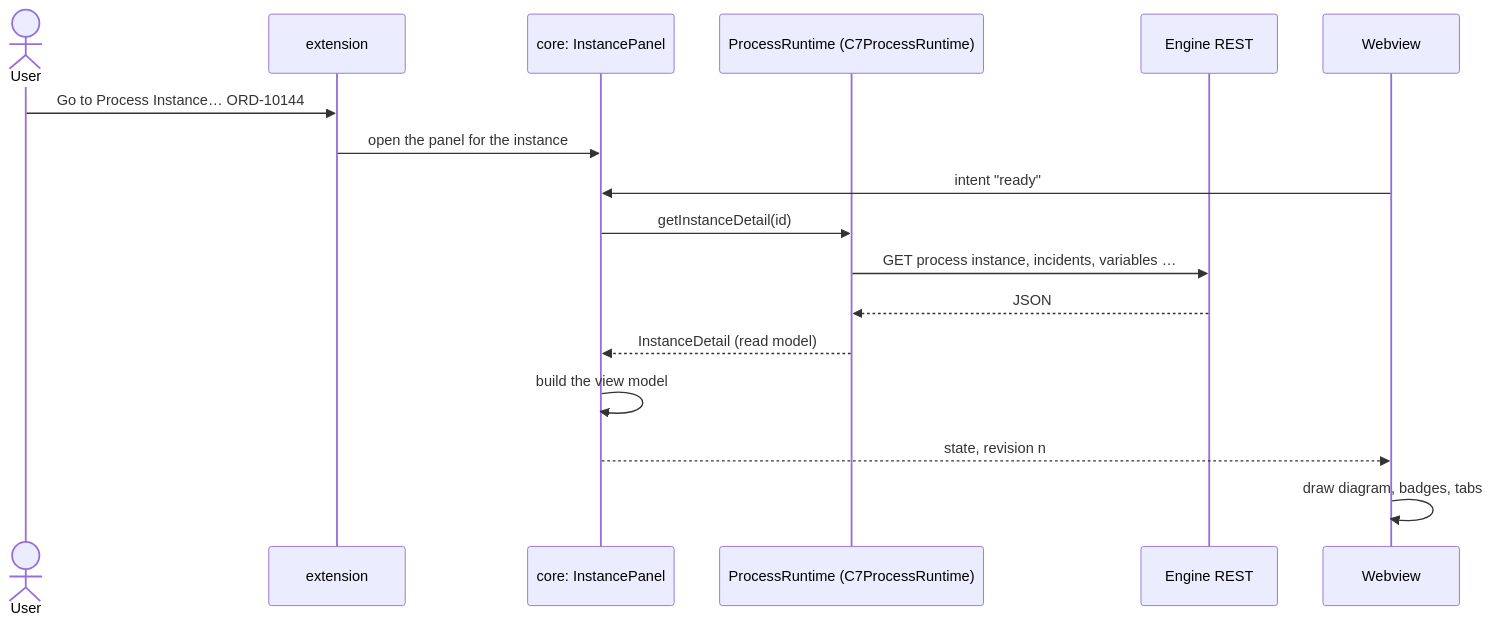
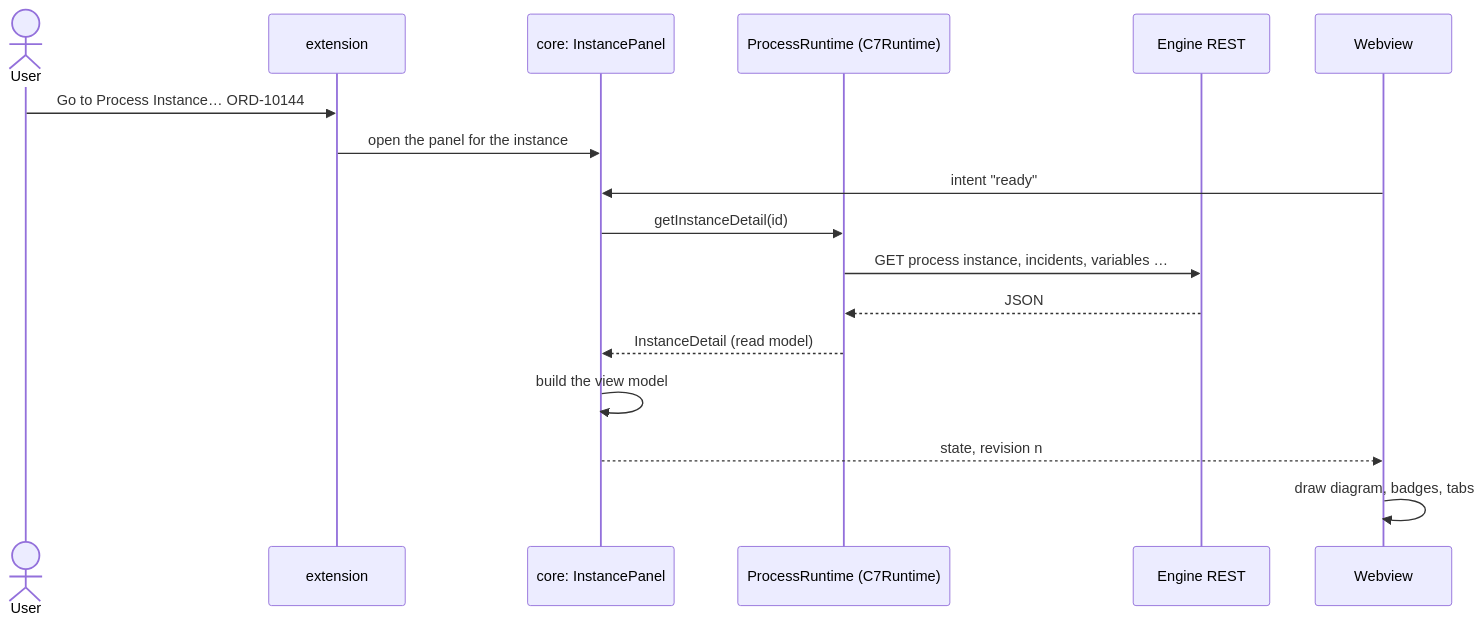
The second of 2 diagrams in apps/vscode/docs/adr/architecture.md (Miragon/pulse), drawn with Mermaid before and after one commit. The commit also changed 39 other files, not shown here.

````diff
--- a/apps/vscode/docs/adr/architecture.md
+++ b/apps/vscode/docs/adr/architecture.md
@@ -276,20 +276,20 @@
 ```mermaid
 sequenceDiagram
   actor user as User
   participant host as extension
   participant panel as core: InstancePanel
-  participant runtime as ProcessRuntime (C7ProcessRuntime)
+  participant runtime as ProcessRuntime (C7Runtime)
   participant engine as Engine REST
   participant view as Webview
 
   user->>host: Go to Process Instance… ORD-10144
   host->>panel: open the panel for the instance
   view->>panel: intent "ready"
   panel->>runtime: getInstanceDetail(id)
   runtime->>engine: GET process instance, incidents, variables …
   engine-->>runtime: JSON
   runtime-->>panel: InstanceDetail (read model)
   panel->>panel: build the view model
   panel-->>view: state, revision n
   view->>view: draw diagram, badges, tabs
 ```
````
